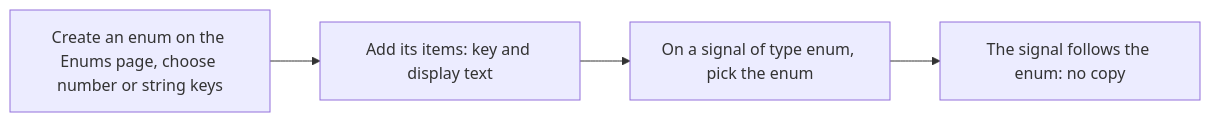
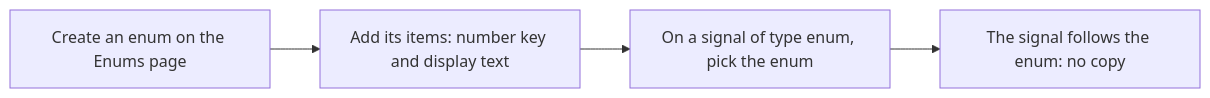
Before and after one commit to AlexandreGallais/synoptic-studio-spec: the second of 2 diagrams in metadata/06-enums.md, drawn with Mermaid. The commit also changed other lines of this file and 6 other files, not shown here.

First line of the commit message:
docs(spec): add top bar, type tree actions and number-only enum keys

````diff
--- a/metadata/06-enums.md
+++ b/metadata/06-enums.md
@@ -39,6 +40,6 @@
 ```mermaid
 flowchart LR
-    A["Create an enum on the Enums page, choose number or string keys"] --> B["Add its items: key and display text"]
+    A["Create an enum on the Enums page"] --> B["Add its items: number key and display text"]
     B --> C["On a signal of type enum, pick the enum"]
     C --> D["The signal follows the enum: no copy"]
 ```
````
